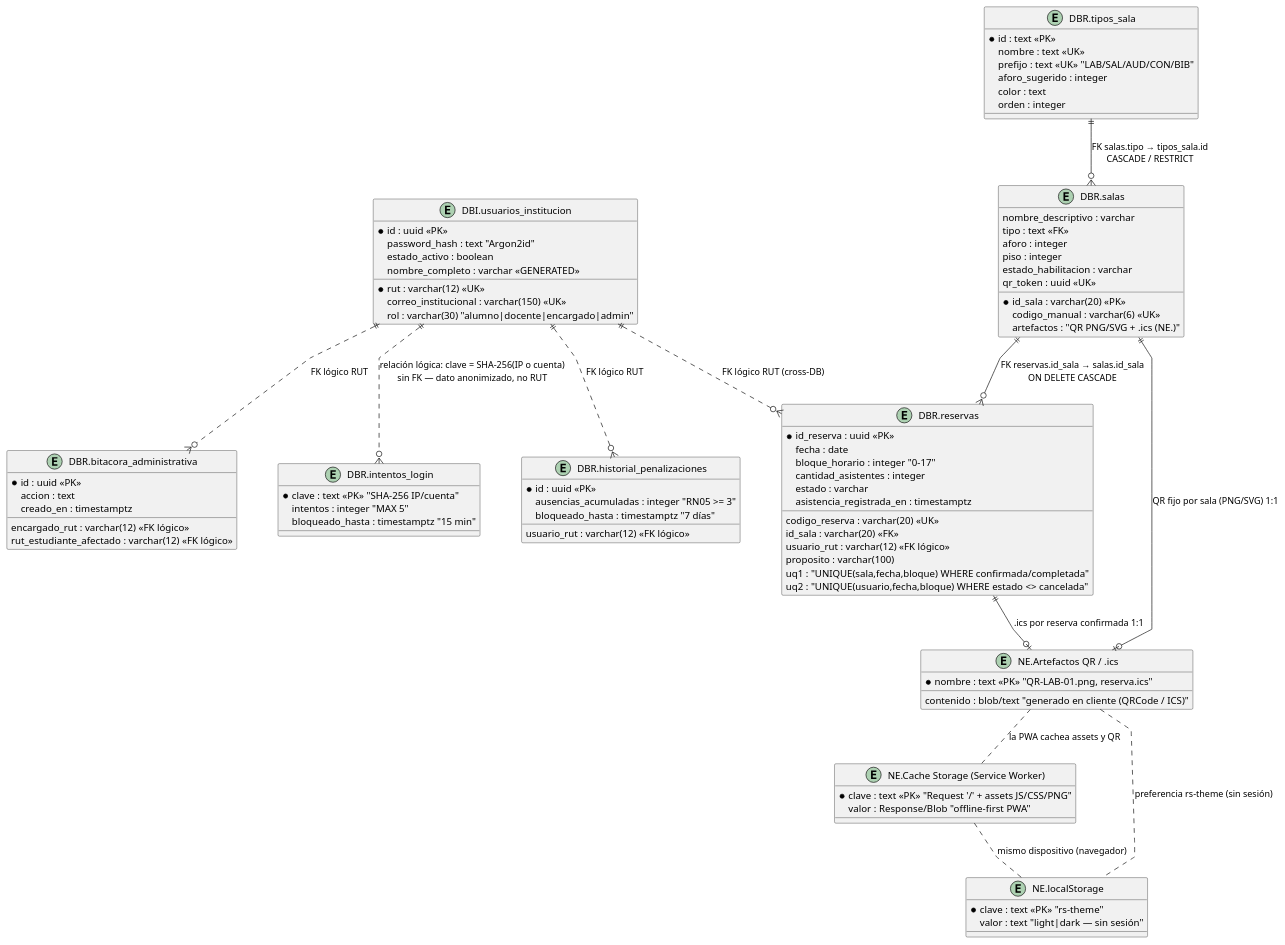
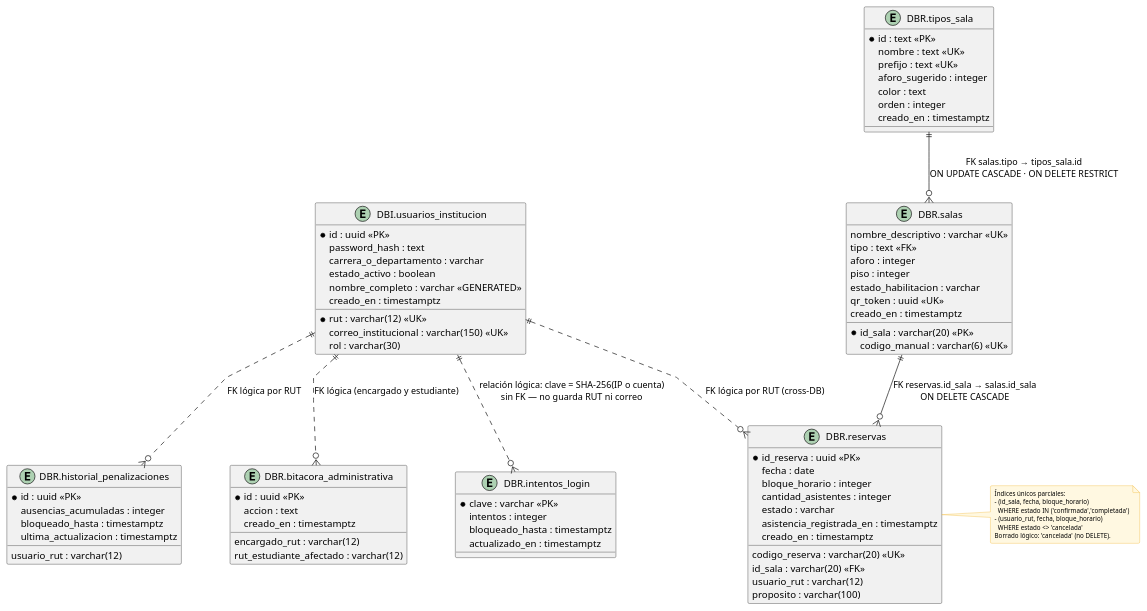
Before and after one commit to SPSolutionsOneaOne/SistemaReservas: the diagram in docs/er-modelo-datos.puml, drawn with PlantUML. The commit also changed 1 other file, not shown here.

Commit message:
docs: ERD solo entidades con PK real (quitar stores NE del modelo)

```diff
--- a/docs/er-modelo-datos.puml
+++ b/docs/er-modelo-datos.puml
@@ -1,117 +1,117 @@
 @startuml Modelo Entidad-Relacion - Sistema de Reservas
 ' ============================================================
-' INACAP — Modelo Entidad-Relación (DER) — versión final legible
-' 2.1.4.8 integridad referencial (PK/FK/UK)
-' 2.1.4.9 estructuradas + no estructuradas con ejemplos
-' Prefijos: DBI. = DB-Institucional | DBR. = DB-Reservas | NE. = no estructurado
+' INACAP — Modelo Entidad-RL (DER) — versión industrial
+' Sólo entidades persistentes con PK real en PostgreSQL.
+' Los stores del navegador (Cache Storage, localStorage) y los
+' artefactos QR/.ics NO son entidades de BD: se documentan en
+' el diagrama de despliegue y en el documento técnico (cap. 3).
+' Prefijos: DBI. = DB-Institucional | DBR. = DB-Reservas
 ' ============================================================
 
 skinparam defaultFontName Arial
 skinparam roundCorner 4
 skinparam shadowing false
 skinparam linetype polyline
-skinparam nodesep 60
-skinparam ranksep 60
+skinparam nodesep 70
+skinparam ranksep 65
 skinparam entity {
   BackgroundColor #FFFFFF
   BorderColor #2B7A9E
   FontColor #1F2937
+  FontSize 10
+}
+skinparam note {
+  BackgroundColor #FFF8E1
+  BorderColor #F0B429
   FontSize 9
 }
 
 entity "DBI.usuarios_institucion" as USUARIO {
   * id : uuid <<PK>>
   * rut : varchar(12) <<UK>>
   correo_institucional : varchar(150) <<UK>>
-  password_hash : text "Argon2id"
-  rol : varchar(30) "alumno|docente|encargado|admin"
+  password_hash : text
+  rol : varchar(30)
+  carrera_o_departamento : varchar
   estado_activo : boolean
   nombre_completo : varchar <<GENERATED>>
+  creado_en : timestamptz
 }
 
 entity "DBR.tipos_sala" as TIPO {
   * id : text <<PK>>
   nombre : text <<UK>>
-  prefijo : text <<UK>> "LAB/SAL/AUD/CON/BIB"
+  prefijo : text <<UK>>
   aforo_sugerido : integer
   color : text
   orden : integer
+  creado_en : timestamptz
 }
 
 entity "DBR.salas" as SALA {
   * id_sala : varchar(20) <<PK>>
-  nombre_descriptivo : varchar
+  nombre_descriptivo : varchar <<UK>>
   tipo : text <<FK>>
   aforo : integer
   piso : integer
   estado_habilitacion : varchar
   qr_token : uuid <<UK>>
   codigo_manual : varchar(6) <<UK>>
-  artefactos : "QR PNG/SVG + .ics (NE.)"
+  creado_en : timestamptz
 }
 
 entity "DBR.reservas" as RESERVA {
   * id_reserva : uuid <<PK>>
   codigo_reserva : varchar(20) <<UK>>
   id_sala : varchar(20) <<FK>>
-  usuario_rut : varchar(12) <<FK lógico>>
+  usuario_rut : varchar(12)
   fecha : date
-  bloque_horario : integer "0-17"
+  bloque_horario : integer
   cantidad_asistentes : integer
   proposito : varchar(100)
   estado : varchar
   asistencia_registrada_en : timestamptz
-  uq1 : "UNIQUE(sala,fecha,bloque) WHERE confirmada/completada"
-  uq2 : "UNIQUE(usuario,fecha,bloque) WHERE estado <> cancelada"
+  creado_en : timestamptz
 }
 
 entity "DBR.historial_penalizaciones" as PENAL {
   * id : uuid <<PK>>
-  usuario_rut : varchar(12) <<FK lógico>>
-  ausencias_acumuladas : integer "RN05 >= 3"
-  bloqueado_hasta : timestamptz "7 días"
+  usuario_rut : varchar(12)
+  ausencias_acumuladas : integer
+  bloqueado_hasta : timestamptz
+  ultima_actualizacion : timestamptz
 }
 
 entity "DBR.bitacora_administrativa" as BITACORA {
   * id : uuid <<PK>>
-  encargado_rut : varchar(12) <<FK lógico>>
+  encargado_rut : varchar(12)
   accion : text
-  rut_estudiante_afectado : varchar(12) <<FK lógico>>
+  rut_estudiante_afectado : varchar(12)
   creado_en : timestamptz
 }
 
 entity "DBR.intentos_login" as INTENTOS {
-  * clave : text <<PK>> "SHA-256 IP/cuenta"
-  intentos : integer "MAX 5"
-  bloqueado_hasta : timestamptz "15 min"
-}
-
-entity "NE.Cache Storage (Service Worker)" as CACHE {
-  * clave : text <<PK>> "Request '/' + assets JS/CSS/PNG"
-  valor : Response/Blob "offline-first PWA"
-}
-
-entity "NE.localStorage" as LS {
-  * clave : text <<PK>> "rs-theme"
-  valor : text "light|dark — sin sesión"
-}
-
-entity "NE.Artefactos QR / .ics" as ARCHIVOS {
-  * nombre : text <<PK>> "QR-LAB-01.png, reserva.ics"
-  contenido : blob/text "generado en cliente (QRCode / ICS)"
+  * clave : varchar <<PK>>
+  intentos : integer
+  bloqueado_hasta : timestamptz
+  actualizado_en : timestamptz
 }
 
 ' ---- Integridad referencial ----
-TIPO     ||--o{ SALA     : "FK salas.tipo → tipos_sala.id\nCASCADE / RESTRICT"
-SALA     ||--o{ RESERVA  : "FK reservas.id_sala → salas.id_sala\nON DELETE CASCADE"
-USUARIO  ||..o{ RESERVA  : "FK lógico RUT (cross-DB)"
-USUARIO  ||..o{ PENAL    : "FK lógico RUT"
-USUARIO  ||..o{ BITACORA : "FK lógico RUT"
-SALA     ||--o| ARCHIVOS : "QR fijo por sala (PNG/SVG) 1:1"
-RESERVA  ||--o| ARCHIVOS : ".ics por reserva confirmada 1:1"
-USUARIO  ||..o{ INTENTOS : "relación lógica: clave = SHA-256(IP o cuenta)\nsin FK — dato anonimizado, no RUT"
-CACHE    .. LS           : "mismo dispositivo (navegador)"
-ARCHIVOS .. CACHE        : "la PWA cachea assets y QR"
-ARCHIVOS .. LS           : "preferencia rs-theme (sin sesión)"
+TIPO    ||--o{ SALA     : "FK salas.tipo → tipos_sala.id\nON UPDATE CASCADE · ON DELETE RESTRICT"
+SALA    ||--o{ RESERVA  : "FK reservas.id_sala → salas.id_sala\nON DELETE CASCADE"
+USUARIO ||..o{ RESERVA  : "FK lógica por RUT (cross-DB)"
+USUARIO ||..o{ PENAL    : "FK lógica por RUT"
+USUARIO ||..o{ BITACORA : "FK lógica (encargado y estudiante)"
+USUARIO ||..o{ INTENTOS : "relación lógica: clave = SHA-256(IP o cuenta)\nsin FK — no guarda RUT ni correo"
+
+note right of RESERVA
+  Índices únicos parciales:
+  - (id_sala, fecha, bloque_horario)
+    WHERE estado IN ('confirmada','completada')
+  - (usuario_rut, fecha, bloque_horario)
+    WHERE estado <> 'cancelada'
+  Borrado lógico: 'cancelada' (no DELETE).
+end note
 
 @enduml
```
